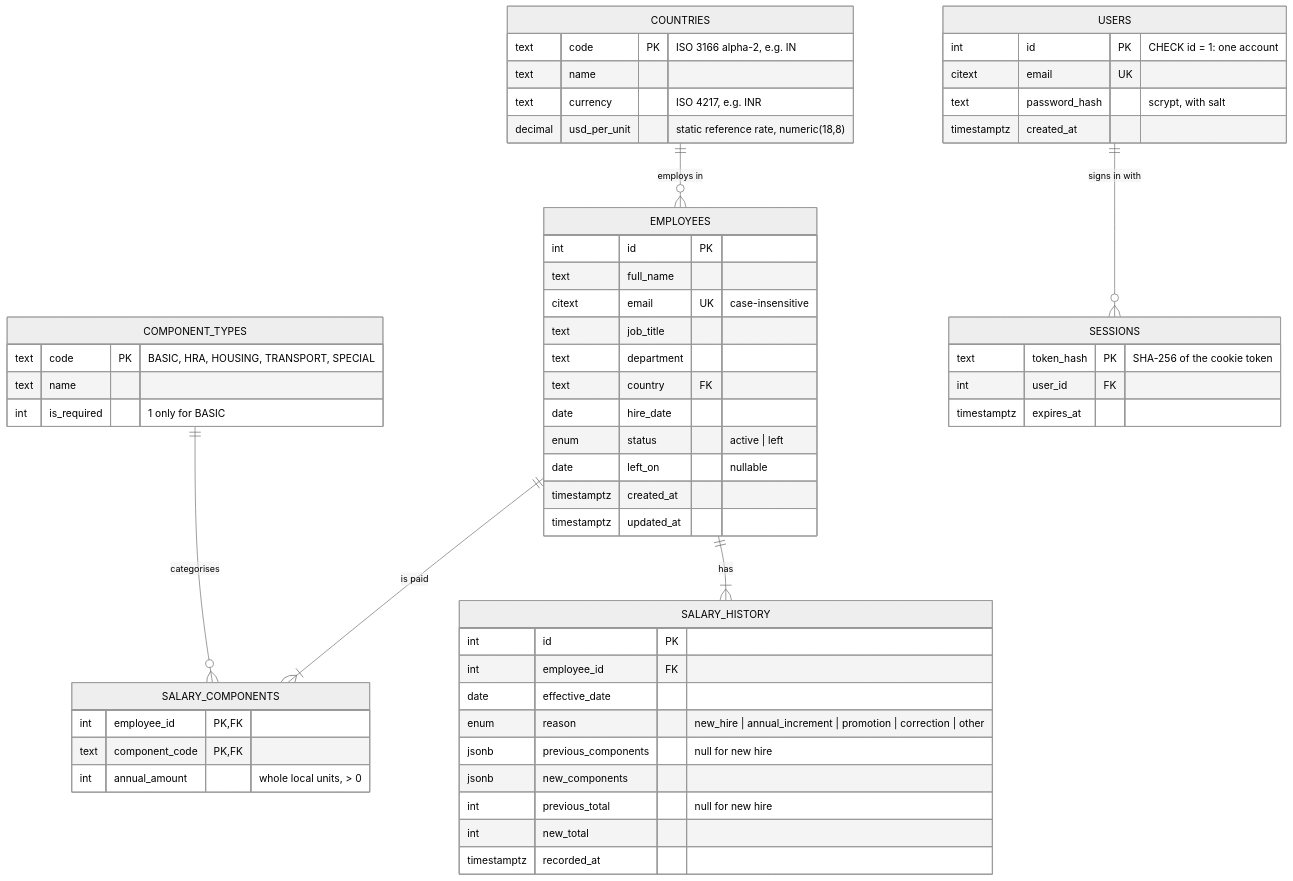
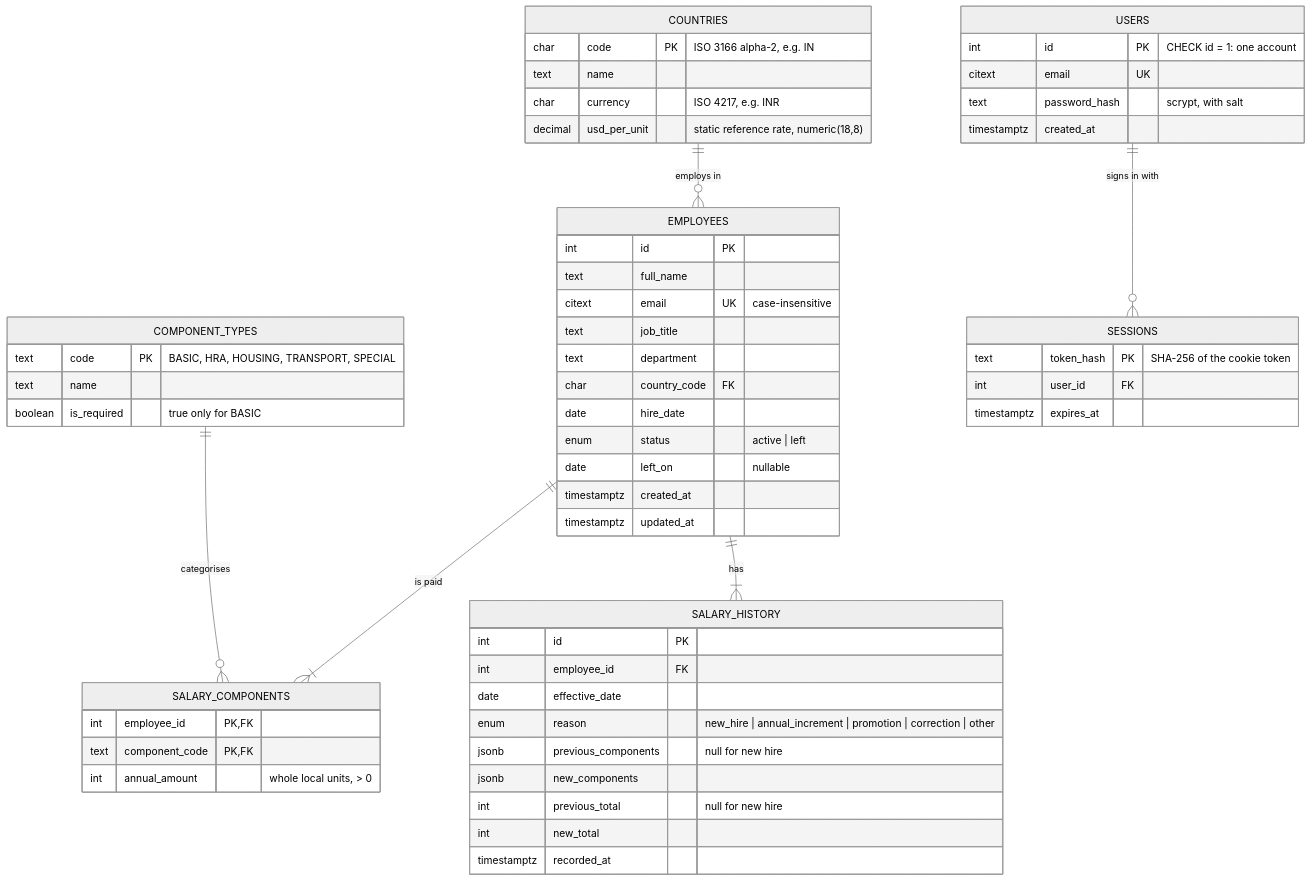
Before and after one commit to sameernarang1234/salary-management-assignment: the diagram in docs/PLAN.md, drawn with Mermaid (neutral theme). The commit also changed other lines of this file and 9 other files, not shown here.

Commit message:
(Step 2) database added: Prisma schema, constraints and append-only salary history

````diff
--- a/docs/PLAN.md
+++ b/docs/PLAN.md
@@ -30,60 +30,60 @@
 ```mermaid
 erDiagram
   COUNTRIES ||--o{ EMPLOYEES : "employs in"
   EMPLOYEES ||--|{ SALARY_COMPONENTS : "is paid"
   COMPONENT_TYPES ||--o{ SALARY_COMPONENTS : "categorises"
   EMPLOYEES ||--|{ SALARY_HISTORY : "has"
   USERS ||--o{ SESSIONS : "signs in with"
 
   COUNTRIES {
-    text code PK "ISO 3166 alpha-2, e.g. IN"
+    char code PK "ISO 3166 alpha-2, e.g. IN"
     text name
-    text currency "ISO 4217, e.g. INR"
+    char currency "ISO 4217, e.g. INR"
     decimal usd_per_unit "static reference rate, numeric(18,8)"
   }
   COMPONENT_TYPES {
     text code PK "BASIC, HRA, HOUSING, TRANSPORT, SPECIAL"
     text name
-    int is_required "1 only for BASIC"
+    boolean is_required "true only for BASIC"
   }
   EMPLOYEES {
     int id PK
     text full_name
     citext email UK "case-insensitive"
     text job_title
     text department
-    text country FK
+    char country_code FK
     date hire_date
     enum status "active | left"
     date left_on "nullable"
     timestamptz created_at
     timestamptz updated_at
   }
   SALARY_COMPONENTS {
     int employee_id PK, FK
     text component_code PK, FK
     int annual_amount "whole local units, > 0"
   }
   SALARY_HISTORY {
     int id PK
     int employee_id FK
     date effective_date
     enum reason "new_hire | annual_increment | promotion | correction | other"
     jsonb previous_components "null for new hire"
     jsonb new_components
     int previous_total "null for new hire"
     int new_total
     timestamptz recorded_at
   }
   USERS {
     int id PK "CHECK id = 1: one account"
     citext email UK
     text password_hash "scrypt, with salt"
     timestamptz created_at
   }
   SESSIONS {
     text token_hash PK "SHA-256 of the cookie token"
     int user_id FK
     timestamptz expires_at
   }
 ```
````
